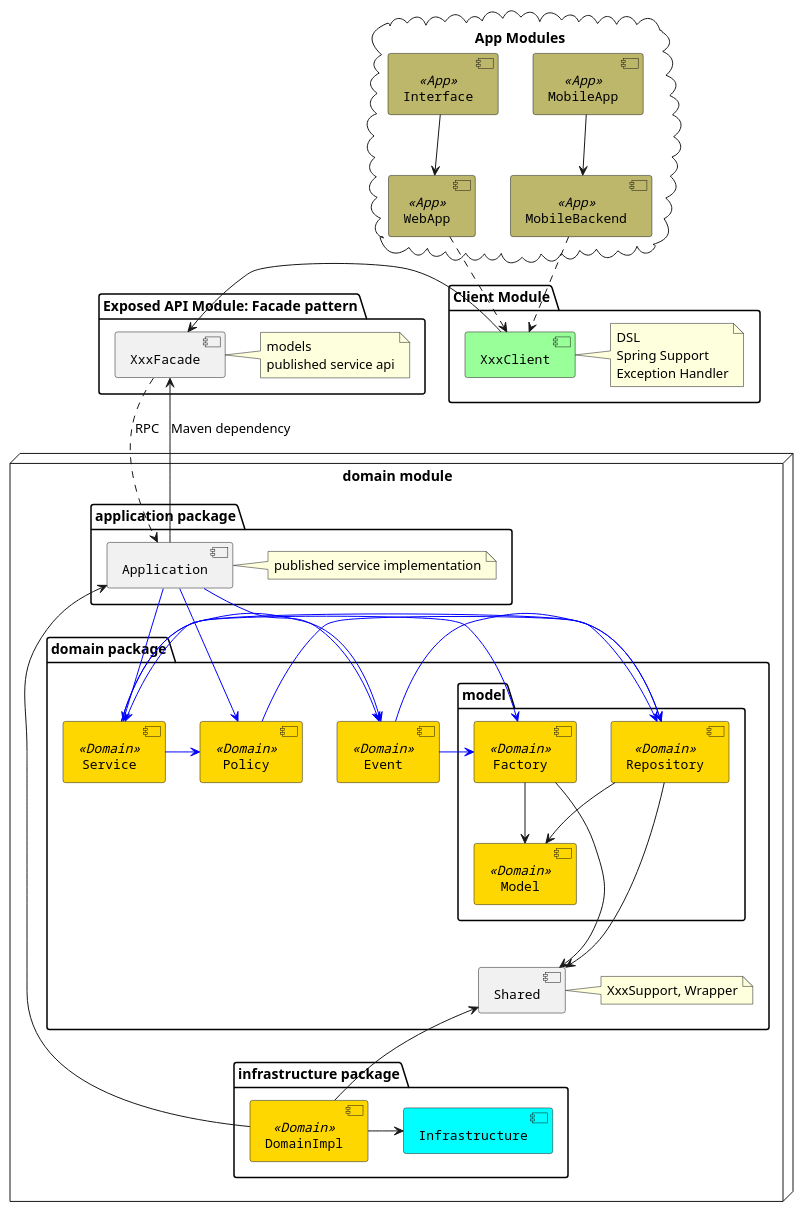
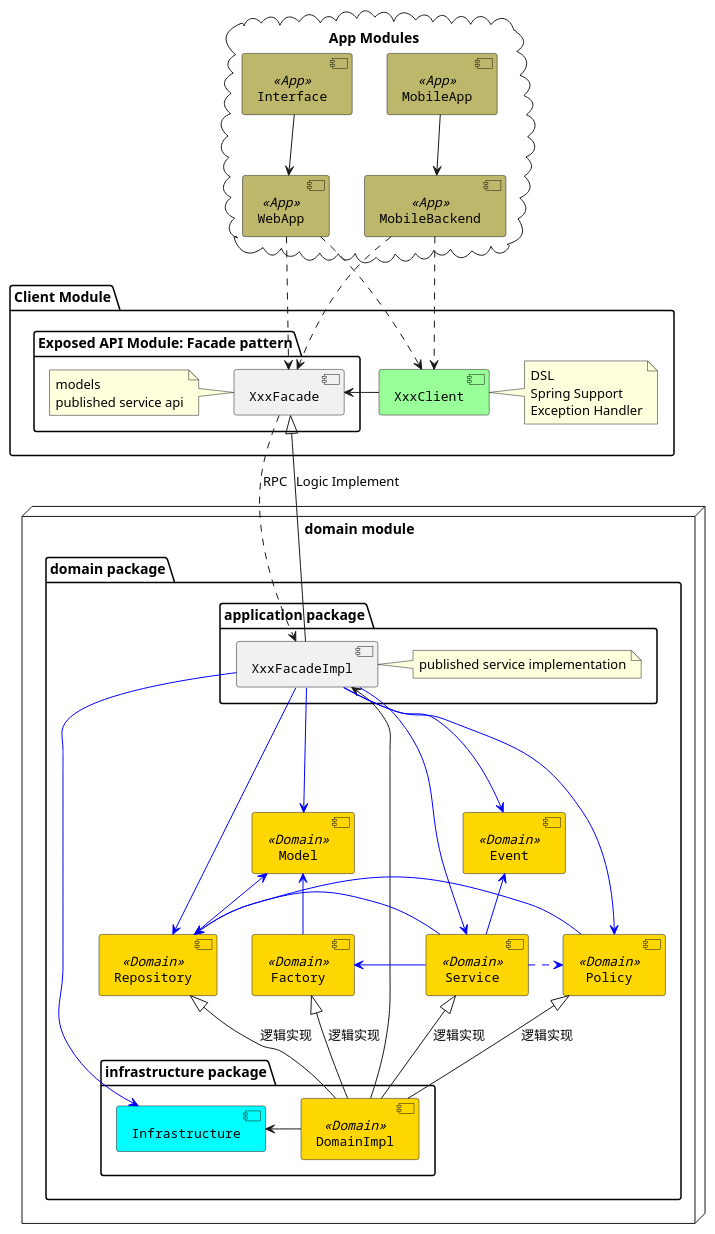
Before and after one commit to linux-china/ddd-base: the diagram in src/main/puml/ddd-components-rpc.puml, drawn with PlantUML.

Commit message:
polishing

```diff
--- a/src/main/puml/ddd-components-rpc.puml
+++ b/src/main/puml/ddd-components-rpc.puml
@@ -1,78 +1,77 @@
 @startuml
 
 node "domain module" {
     package "domain package"  {
-        package "model" {
-           [Model] <<Domain>>
-           [Repository] <<Domain>>
-           [Factory] <<Domain>>
-        }
-       [Shared]
-        note right of Shared : XxxSupport, Wrapper
+       [Model] <<Domain>>
+       [Repository] <<Domain>>
+       [Factory] <<Domain>>
        [Service] <<Domain>>
        [Event] <<Domain>>
        [Policy] <<Domain>>
-    }
     package "application package" {
-      [Application]
-      note right of Application : published service implementation
+      [XxxFacadeImpl]
+      note right of XxxFacadeImpl : published service implementation
     }
     package "infrastructure package" {
       [Infrastructure] #Aqua
       [DomainImpl] <<Domain>>
       [DomainImpl] -> [Infrastructure]
+      [DomainImpl] -up-|> [Service]: 逻辑实现
+      [DomainImpl] -up-|> [Repository]: 逻辑实现
+      [DomainImpl] -up-|> [Factory]: 逻辑实现
+      [DomainImpl] -up-|> [Policy]: 逻辑实现
     }
+     }
 }
-package "Exposed API Module: Facade pattern" {
-   [XxxFacade]
-   note right of XxxFacade : models\npublished service api
 
-}
 package "Client Module" {
+    package "Exposed API Module: Facade pattern" {
+       [XxxFacade]
+       note left of XxxFacade : models\npublished service api
+    }
    [XxxClient] #99FF99
    note right of XxxClient : DSL\nSpring Support\nException Handler
-
-   [XxxClient] -> [XxxFacade]
+   [XxxClient] -left-> [XxxFacade]
 }
 
 cloud "App Modules" {
     [WebApp] <<App>>
     [MobileBackend] <<App>>
     [Interface] <<App>>
     [MobileApp] <<App>>
 }
 
-[Shared] <-- [DomainImpl]
-[Application] <--- [DomainImpl]
-[Repository] ---> [Shared]
-[Repository] --> [Model]
-[Factory] ---> [Shared]
+[XxxFacadeImpl] <--- [DomainImpl]
 [Service] -[#0000FF]> [Factory]
 [Service] -[#0000FF]> [Repository]
-[Service] -[#0000FF]> [Policy]
+[Service] .[#0000FF]> [Policy]
+[Service] -[#0000FF]up-> [Event]
 [Policy] -[#0000FF]> [Repository]
-[Factory] --> [Model]
-[Event] -[#0000FF]> [Factory]
-[Event] <-[#0000FF]> [Service]
-[Event] -[#0000FF]> [Repository]
+[Repository] -[#0000FF]up-> [Model]
+[Factory] -[#0000FF]up-> [Model]
 
-[Application] -[#0000FF]-> [Service]
-[Application] -[#0000FF]-> [Event]
-[Application] -[#0000FF]-> [Policy]
+[XxxFacadeImpl] -[#0000FF]--> [Service]
+[XxxFacadeImpl] -[#0000FF]--> [Event]
+[XxxFacadeImpl] -[#0000FF]--> [Model]
+[XxxFacadeImpl] -[#0000FF]--> [Policy]
+[XxxFacadeImpl] -[#0000FF]--> [Repository]
+[XxxFacadeImpl] -[#0000FF]----> [Infrastructure]
 
-[XxxFacade] ..> [Application]: RPC
-[XxxFacade] <-- [Application]: Maven dependency
+[XxxFacade] ..> [XxxFacadeImpl]: RPC
+[XxxFacade] <|-- [XxxFacadeImpl]: Logic Implement
 
 [WebApp] ..> [XxxClient]
+[WebApp] ..> [XxxFacade]
 [Interface] --> [WebApp]
 [MobileBackend] ..> [XxxClient]
+[MobileBackend] ..> [XxxFacade]
 [MobileApp] --> [MobileBackend]
 
 skinparam component {
   FontSize 13
   BackgroundColor<<Domain>> gold
   BackgroundColor<<App>> DarkKhaki
   FontName Courier
 }
 
 @enduml
```
